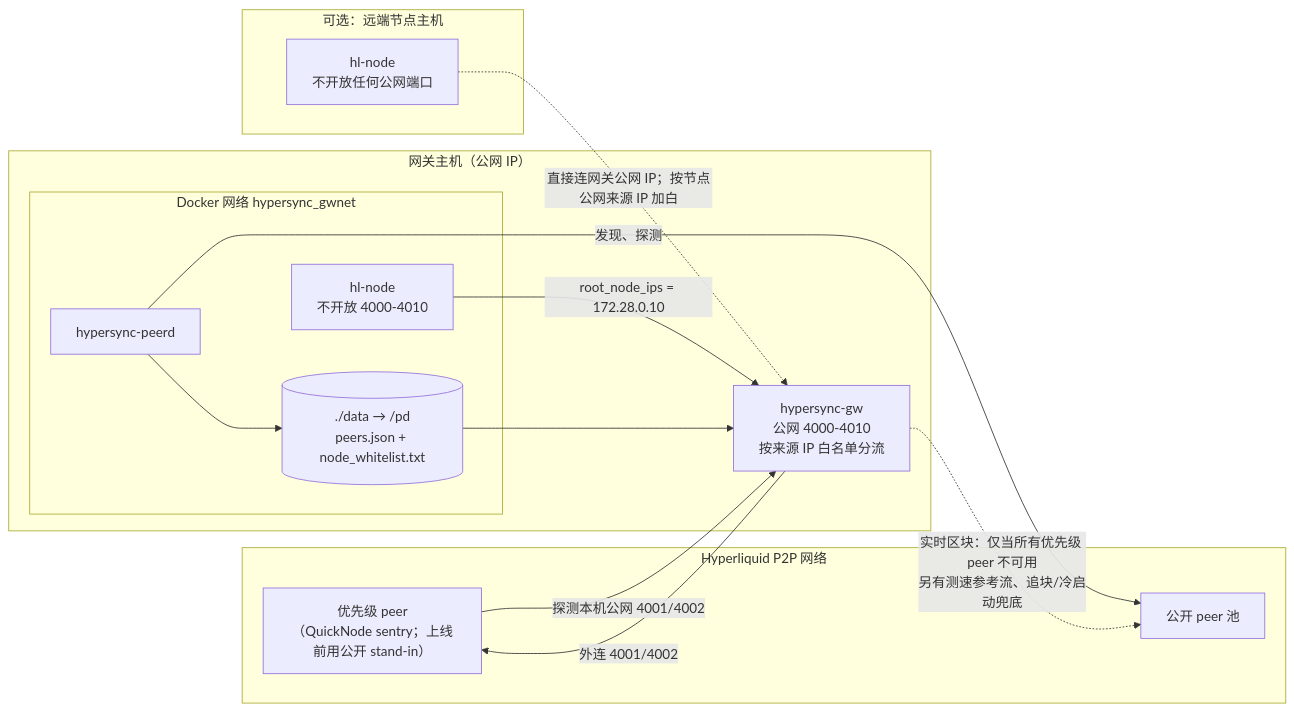
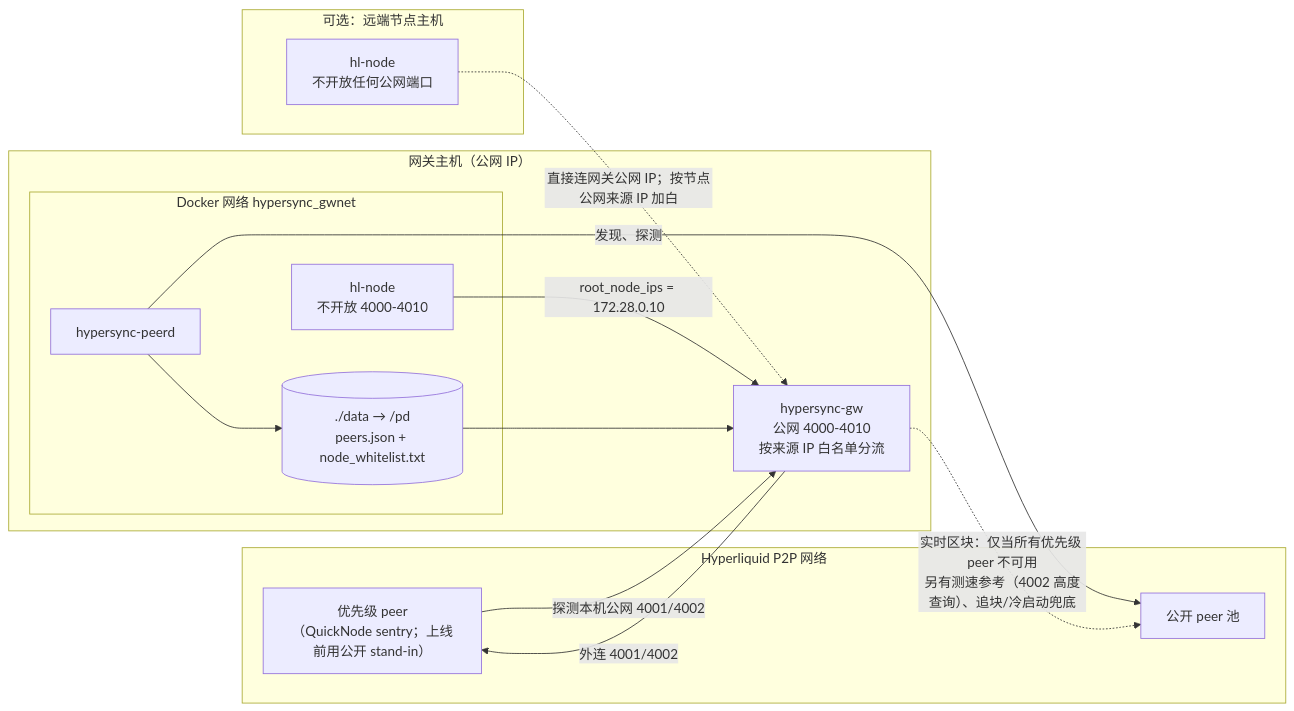
One commit to bufrr/hypersync changed the diagram in docs/deploy-existing-hlnode.md. Above: the diagram before and after it, drawn with Mermaid. The commit also changed other lines of this file and 15 other files, not shown here.

````diff
--- a/docs/deploy-existing-hlnode.md
+++ b/docs/deploy-existing-hlnode.md
@@ -11,28 +9,28 @@
 ```mermaid
 flowchart LR
   subgraph NET["Hyperliquid P2P 网络"]
     PRIO["优先级 peer<br/>（QuickNode sentry；上线前用公开 stand-in）"]
     POOL["公开 peer 池"]
   end
 
   subgraph H["网关主机（公网 IP）"]
     GW["hypersync-gw<br/>公网 4000-4010<br/>按来源 IP 白名单分流"]
     subgraph GNET["Docker 网络 hypersync_gwnet"]
       PEERD["hypersync-peerd"]
       PD[("./data → /pd<br/>peers.json + node_whitelist.txt")]
       NODE["hl-node<br/>不开放 4000-4010"]
     end
   end
 
   subgraph R["可选：远端节点主机"]
     RNODE["hl-node<br/>不开放任何公网端口"]
   end
 
   PRIO -- "探测本机公网 4001/4002" --> GW
   GW -- "外连 4001/4002" --> PRIO
-  GW -. "实时区块：仅当所有优先级 peer 不可用<br/>另有测速参考流、追块/冷启动兜底" .-> POOL
+  GW -. "实时区块：仅当所有优先级 peer 不可用<br/>另有测速参考（4002 高度查询）、追块/冷启动兜底" .-> POOL
   PEERD -- "发现、探测" --> POOL
   PEERD --> PD --> GW
   NODE -- "root_node_ips = 172.28.0.10" --> GW
   RNODE -. "直接连网关公网 IP；按节点公网来源 IP 加白" .-> GW
 ```
````
